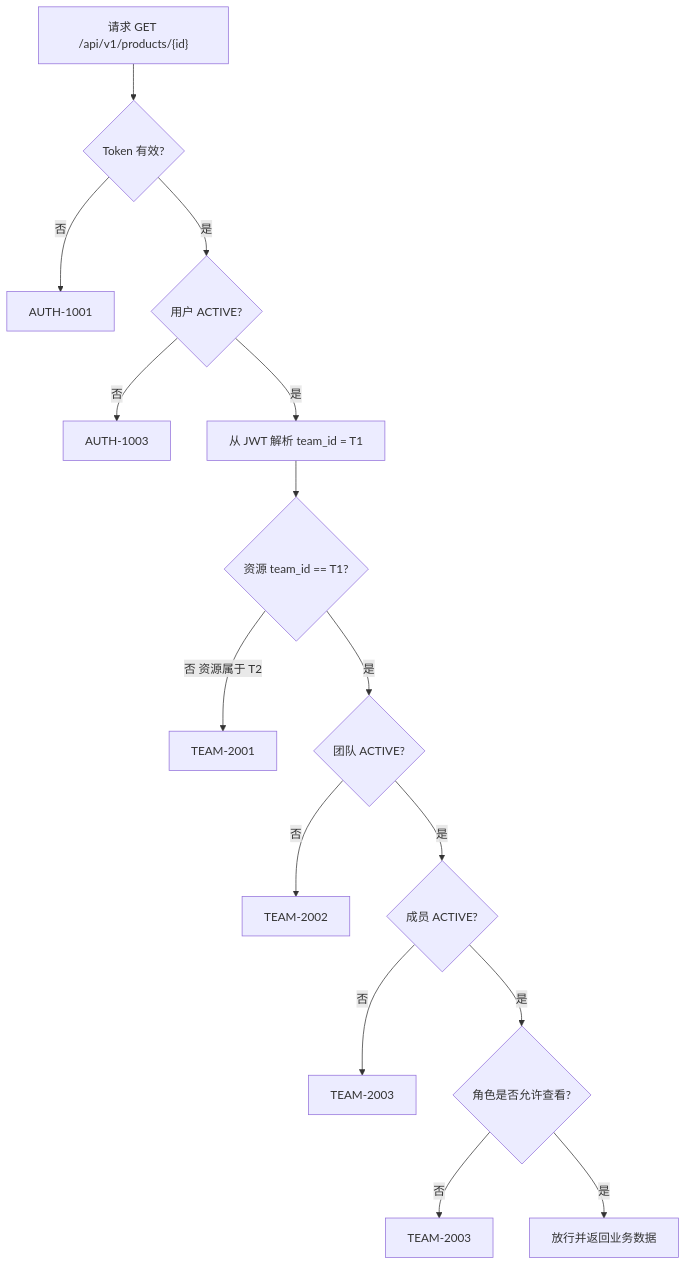
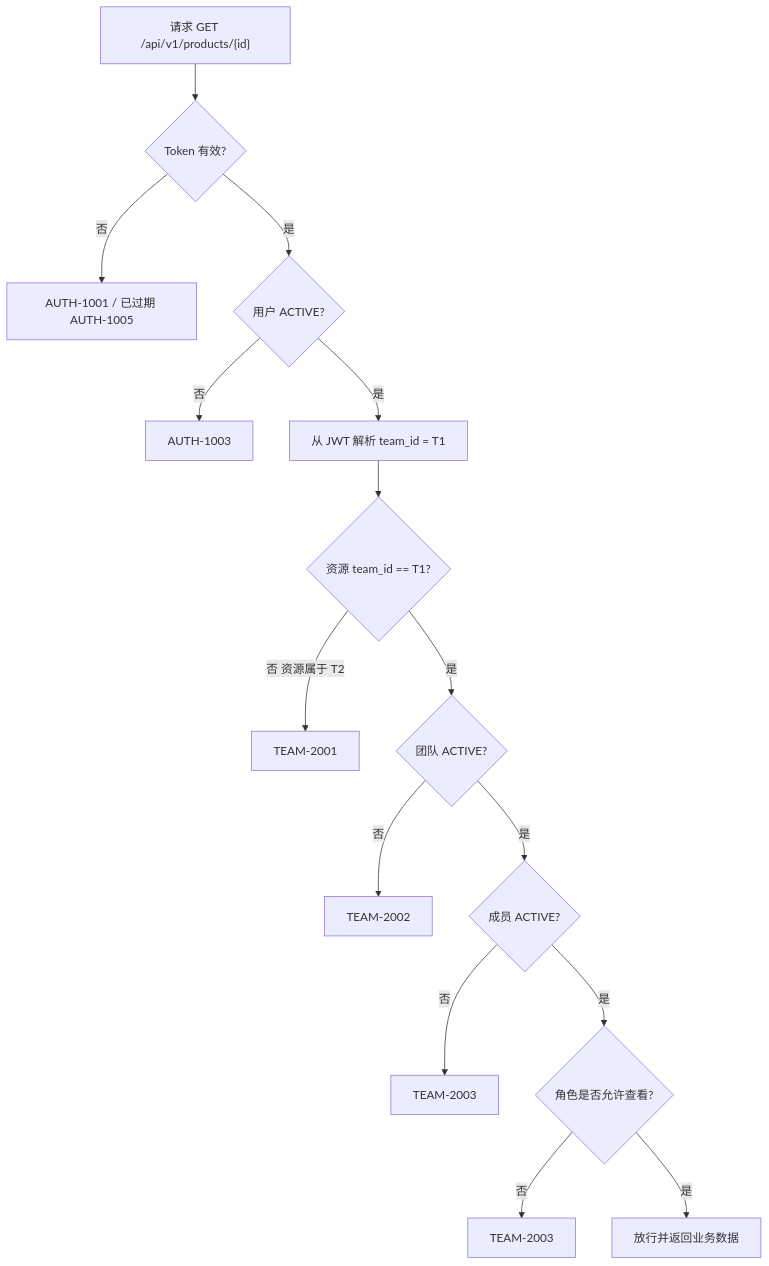
Before and after one commit to xy98773-jpg/shoppilot-ai: the diagram in docs/00-product/USER_ROLES.md, drawn with Mermaid. The commit also changed other lines of this file, not shown here.

````diff
--- a/docs/00-product/USER_ROLES.md
+++ b/docs/00-product/USER_ROLES.md
@@ -242,17 +242,17 @@
 ```mermaid
 flowchart TD
     A["请求 GET /api/v1/products/{id}"] --> B{"Token 有效?"}
-    B -- 否 --> B1["AUTH-1001"]
+    B -- 否 --> B1["AUTH-1001 / 已过期 AUTH-1005"]
     B -- 是 --> C{"用户 ACTIVE?"}
     C -- 否 --> C1["AUTH-1003"]
     C -- 是 --> D["从 JWT 解析 team_id = T1"]
     D --> E{"资源 team_id == T1?"}
     E -- "否 资源属于 T2" --> E1["TEAM-2001"]
     E -- 是 --> F{"团队 ACTIVE?"}
     F -- 否 --> F1["TEAM-2002"]
     F -- 是 --> G{"成员 ACTIVE?"}
     G -- 否 --> G1["TEAM-2003"]
     G -- 是 --> H{"角色是否允许查看?"}
     H -- 否 --> H1["TEAM-2003"]
     H -- 是 --> I["放行并返回业务数据"]
 ```
````
